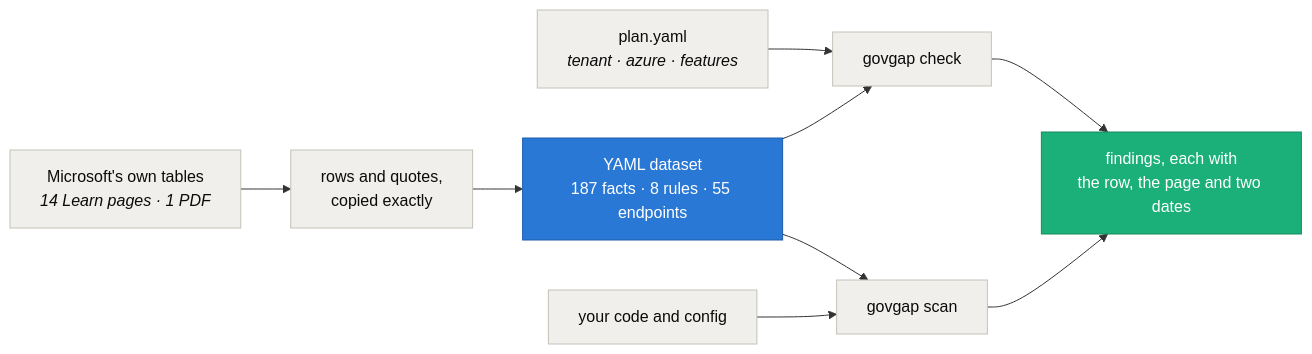
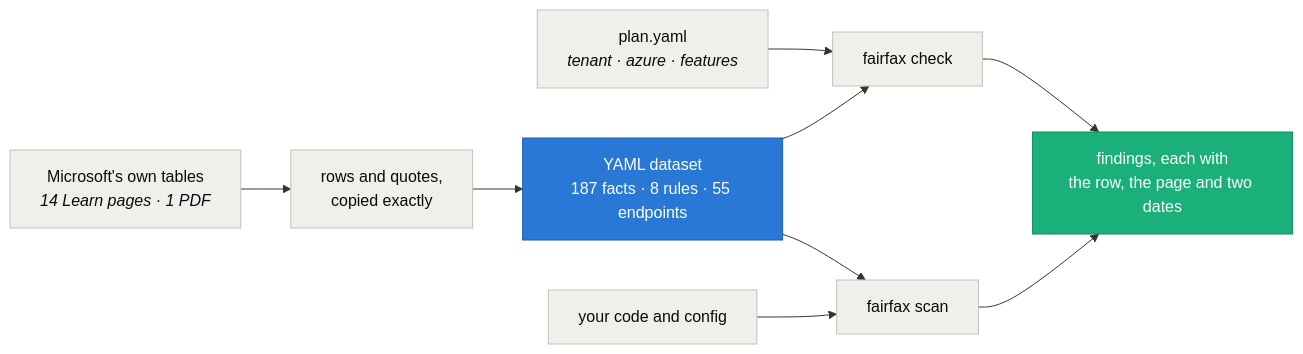
One commit to actions-marketplace-validations/intikhab49_fairfax changed the diagram in README.md. Above: the diagram before and after it, drawn with Mermaid. The commit also changed other lines of this file and 27 other files, not shown here.

````diff
--- a/README.md
+++ b/README.md
@@ -153,20 +153,20 @@
 ```mermaid
 flowchart LR
     MS["Microsoft's own tables<br/><i>14 Learn pages · 1 PDF</i>"] --> ROWS["rows and quotes,<br/>copied exactly"]
     ROWS --> DATA["YAML dataset<br/>187 facts · 8 rules · 55 endpoints"]
-    PLAN["plan.yaml<br/><i>tenant · azure · features</i>"] --> CHECK["govgap check"]
+    PLAN["plan.yaml<br/><i>tenant · azure · features</i>"] --> CHECK["fairfax check"]
     DATA --> CHECK
-    DATA --> SCAN["govgap scan"]
+    DATA --> SCAN["fairfax scan"]
     CODE["your code and config"] --> SCAN
     CHECK --> OUT["findings, each with<br/>the row, the page and two dates"]
     SCAN --> OUT
 
     style DATA fill:#2a78d6,stroke:#1c5cab,color:#fff
     style OUT fill:#1baf7a,stroke:#158a60,color:#fff
     style MS fill:#f0efec,stroke:#c3c2b7,color:#0b0b0b
     style ROWS fill:#f0efec,stroke:#c3c2b7,color:#0b0b0b
     style PLAN fill:#f0efec,stroke:#c3c2b7,color:#0b0b0b
     style CODE fill:#f0efec,stroke:#c3c2b7,color:#0b0b0b
     style CHECK fill:#f0efec,stroke:#c3c2b7,color:#0b0b0b
     style SCAN fill:#f0efec,stroke:#c3c2b7,color:#0b0b0b
 ```
````
